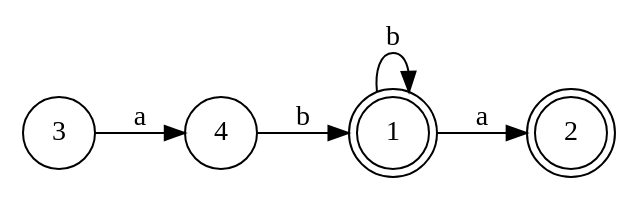
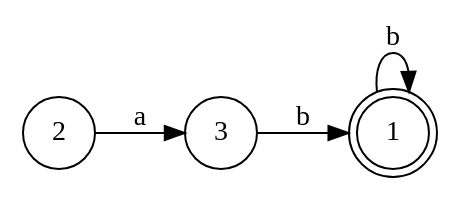
The diagram in output/min-dfa/min-dfa.gv (ZiadSheriif/AutoMajestic), drawn with Graphviz before and after one commit. The commit also changed 34 other files, not shown here.

```diff
--- a/output/min-dfa/min-dfa.gv
+++ b/output/min-dfa/min-dfa.gv
@@ -1,11 +1,9 @@
 digraph MIN_DFA {
 	1 [shape=doublecircle]
-	1 -> 2 [label=a]
 	1 -> 1 [label=b]
+	2 [shape=circle]
+	2 -> 3 [label=a]
 	3 [shape=circle]
-	3 -> 4 [label=a]
-	4 [shape=circle]
-	4 -> 1 [label=b]
-	2 [shape=doublecircle]
+	3 -> 1 [label=b]
 	rankdir=LR
 }
```
